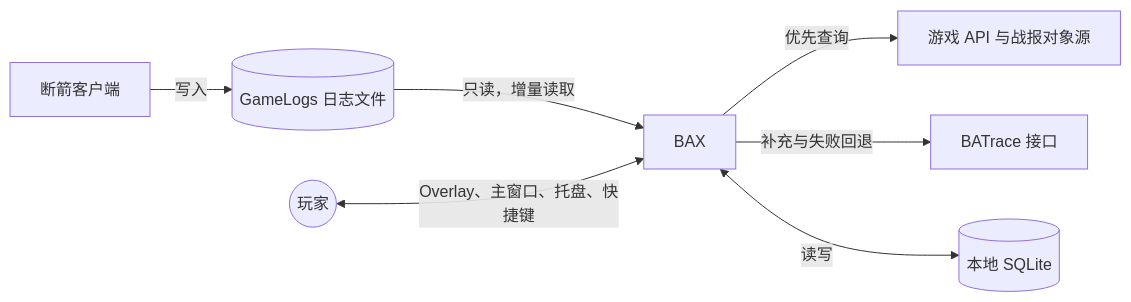
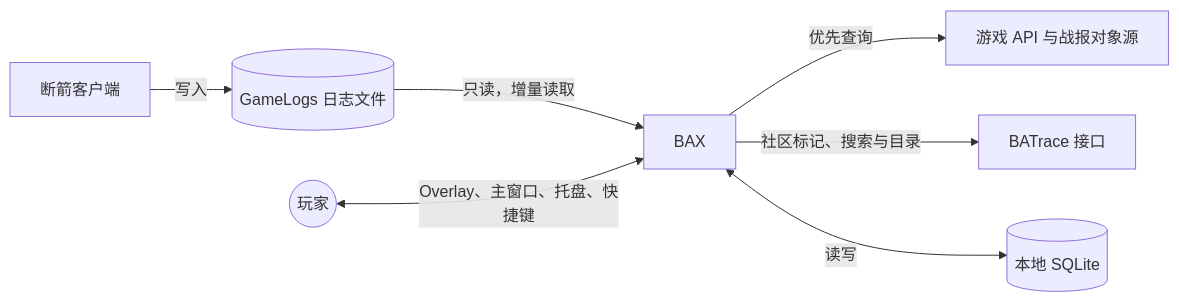
Before and after one commit to JohnJinHM/BAX: the first of 5 diagrams in docs/architecture/overview.md, drawn with Mermaid. The commit also changed other lines of this file and 57 other files, not shown here.

````diff
--- a/docs/architecture/overview.md
+++ b/docs/architecture/overview.md
@@ -22,9 +22,9 @@
 ```mermaid
 flowchart LR
     game["断箭客户端"] -->|写入| logs[("GameLogs 日志文件")]
     logs -->|只读，增量读取| bax["BAX"]
     bax -->|优先查询| upstream["游戏 API 与战报对象源"]
-    bax -->|补充与失败回退| batrace["BATrace 接口"]
+    bax -->|社区标记、搜索与目录| batrace["BATrace 接口"]
     bax <-->|读写| db[("本地 SQLite")]
     player(("玩家")) <-->|"Overlay、主窗口、托盘、快捷键"| bax
 ```
````
